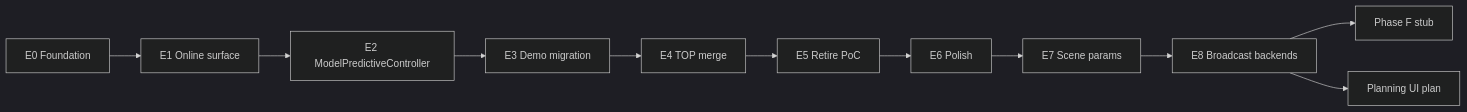
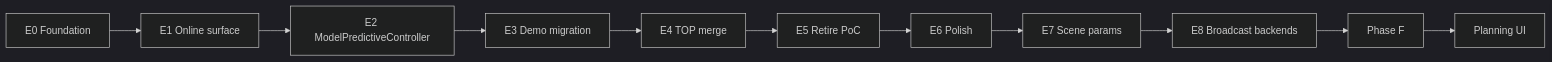
The diagram in docs/plans/mpc-rh-refactor/phases.md (alx87grd/minilink), drawn with Mermaid (dark theme) before and after one commit. The commit also changed other lines of this file and 8 other files, not shown here.

````diff
--- a/docs/plans/mpc-rh-refactor/phases.md
+++ b/docs/plans/mpc-rh-refactor/phases.md
@@ -50,16 +50,16 @@
 ```mermaid
 flowchart LR
   E0[E0 Foundation]
   E1[E1 Online surface]
   E2[E2 ModelPredictiveController]
   E3[E3 Demo migration]
   E4[E4 TOP merge]
   E5[E5 Retire PoC]
   E6[E6 Polish]
   E7[E7 Scene params]
   E8[E8 Broadcast backends]
 
   E0 --> E1 --> E2 --> E3 --> E4 --> E5 --> E6 --> E7 --> E8
-  E8 --> F[Phase F stub]
-  E8 --> UI[Planning UI plan]
+  E8 --> F[Phase F]
+  F --> UI[Planning UI]
 ```
````
